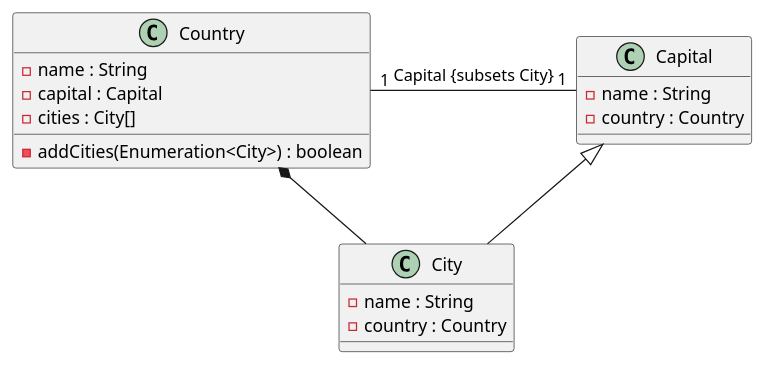
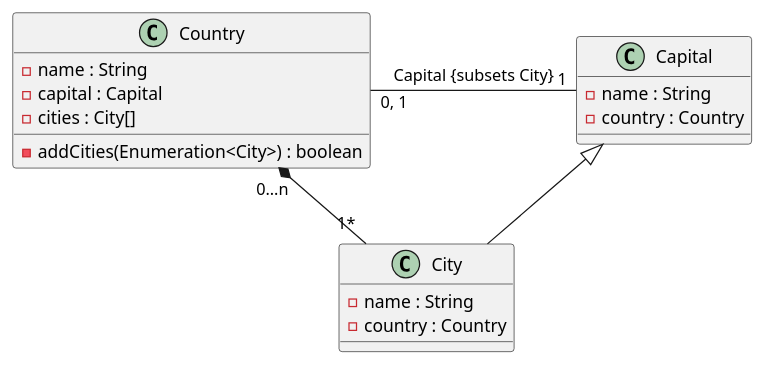
One commit to Sabibou/Cours_L2_Info changed the first of 4 diagrams in POO/TD/TD3/pdn.md. Above: the diagram before and after it, drawn with PlantUML. The commit also changed other lines of this file, not shown here.

````diff
--- a/POO/TD/TD3/pdn.md
+++ b/POO/TD/TD3/pdn.md
@@ -14,25 +14,25 @@
 ```plantuml
 @startuml
 class Country {
     -name : String
     -capital : Capital
     -cities : City[]
     -addCities(Enumeration<City>) : boolean
 }
 class Capital {
     -name : String
     -country : Country
 }
 class City {
     -name : String
     -country : Country
 }
 ' Capital hérite de City, on marque le subset
 Capital <|-- City
 
 ' Un pays est constitué d'un ensemble de villes, mais d'exactement une capitale
-Country  *-- City
-Country "1" - "1" Capital : Capital {subsets City}
+Country "0...n" *-- "1*" City
+Country "0, 1" - "1" Capital : Capital {subsets City}
 
 @enduml
 ```
````
